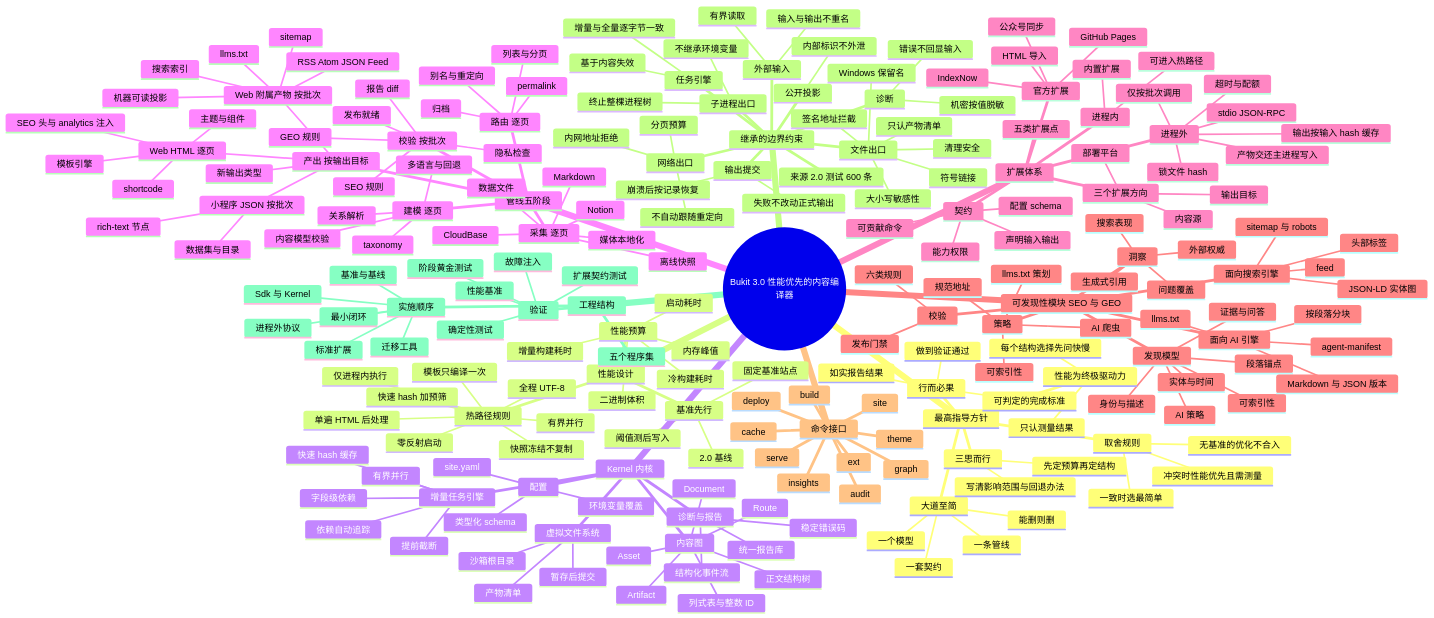
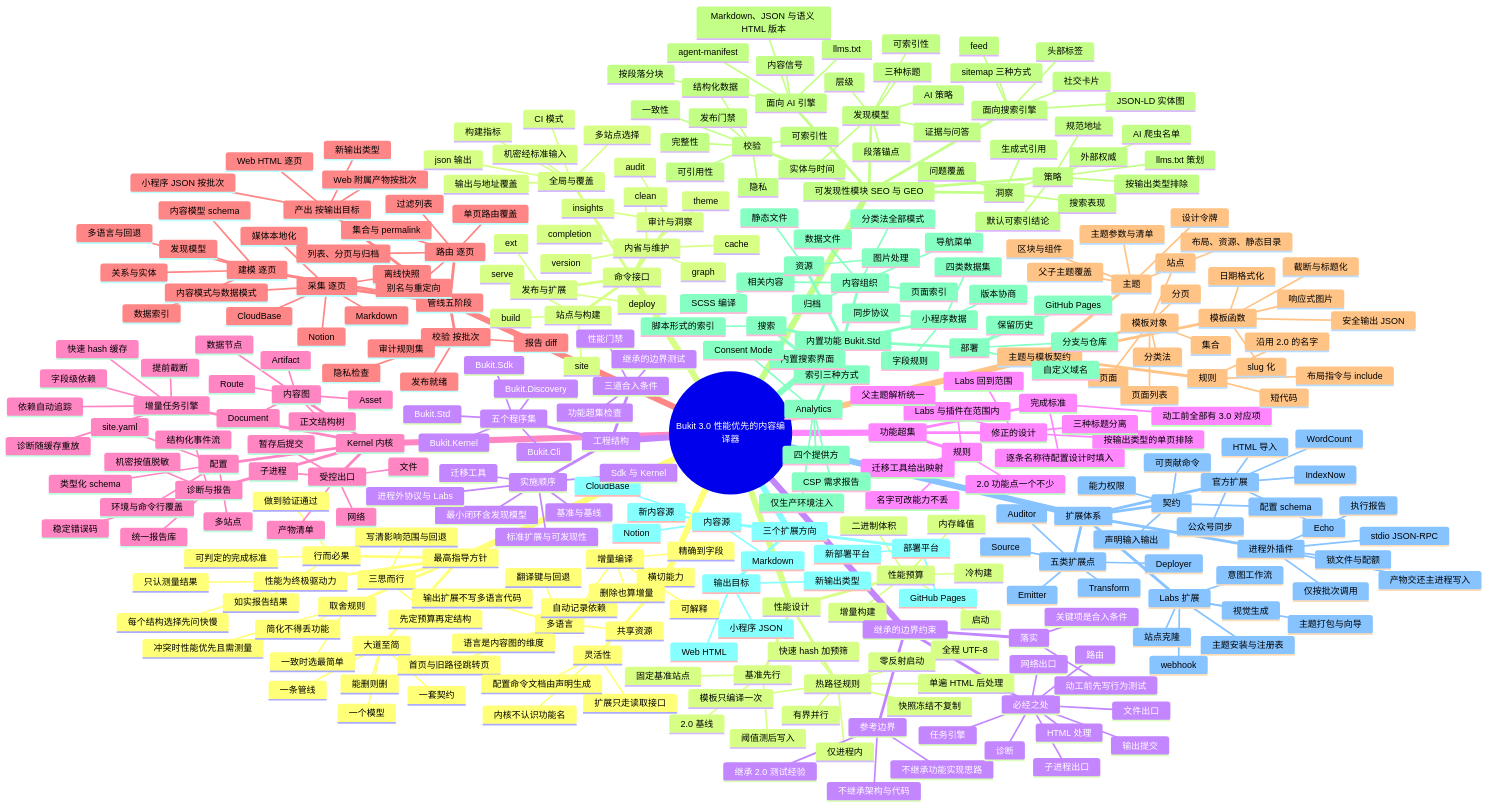
One commit to ALi365-SDN-BHD/Bukit changed the second of 3 diagrams in docs/plans/2026-11-24-bukit-3.0-architecture-design.zh-CN.md. Above: the diagram before and after it, drawn with Mermaid. The commit also changed other lines of this file, not shown here.

Commit message:
docs(plans): redraw the 3.0 diagrams for the feature superset design
Show the four parties behind the extension contract, the template
contract and the three merge conditions in the architecture diagram.
Rebuild the mind map with the feature superset, the theme and template
contract, the built-in features and the corrected discoverability design.

````diff
--- a/docs/plans/2026-11-24-bukit-3.0-architecture-design.zh-CN.md
+++ b/docs/plans/2026-11-24-bukit-3.0-architecture-design.zh-CN.md
@@ -134,7 +131,7 @@
         能删则删
       三思而行
         先定预算再定结构
-        写清影响范围与回退办法
+        写清影响范围与回退
       行而必果
         可判定的完成标准
         做到验证通过
@@ -142,16 +139,16 @@
       取舍规则
         一致时选最简单
         冲突时性能优先且需测量
-        无基准的优化不合入
+        简化不得丢功能
     性能设计
       性能预算
-        冷构建耗时
-        增量构建耗时
-        启动耗时
+        冷构建
+        增量构建
+        启动
         内存峰值
         二进制体积
       热路径规则
-        仅进程内执行
+        仅进程内
         全程 UTF-8
         快照冻结不复制
         快速 hash 加预筛
@@ -163,183 +160,293 @@
         固定基准站点
         2.0 基线
         阈值测后写入
+    继承的边界约束
+      参考边界
+        继承 2.0 测试经验
+        不继承架构与代码
+        不继承功能实现思路
+      必经之处
+        文件出口
+        网络出口
+        子进程出口
+        输出提交
+        诊断
+        任务引擎
+        路由
+        HTML 处理
+      落实
+        动工前先写行为测试
+        关键项是合入条件
+    功能超集
+      规则
+        2.0 功能点一个不少
+        名字可改能力不丢
+        Labs 与插件在范围内
+        迁移工具给出映射
+      修正的设计
+        按输出类型的单页排除
+        三种标题分离
+        Labs 回到范围
+        父主题解析统一
+      完成标准
+        动工前全部有 3.0 对应项
+        逐条名称待配置设计时填入
     Kernel 内核
       内容图
         Document
         Route
         Asset
         Artifact
-        列式表与整数 ID
+        数据节点
         正文结构树
       增量任务引擎
         依赖自动追踪
         字段级依赖
         提前截断
         快速 hash 缓存
-        有界并行
-      虚拟文件系统
-        沙箱根目录
+        诊断随缓存重放
+      受控出口
+        文件
+        网络
+        子进程
         暂存后提交
         产物清单
       配置
         site.yaml
+        多站点
         类型化 schema
-        环境变量覆盖
+        环境与命令行覆盖
       诊断与报告
         稳定错误码
         结构化事件流
         统一报告库
+        机密按值脱敏
     管线五阶段
       采集 逐页
         Markdown
         Notion
         CloudBase
-        数据文件
+        内容模式与数据模式
         媒体本地化
         离线快照
       建模 逐页
-        内容模型校验
+        内容模型 schema
+        数据索引
         多语言与回退
-        taxonomy
-        关系解析
+        关系与实体
+        发现模型
       路由 逐页
-        permalink
-        列表与分页
-        归档
+        集合与 permalink
+        列表、分页与归档
+        过滤列表
         别名与重定向
+        单页路由覆盖
       产出 按输出目标
         Web HTML 逐页
-          模板引擎
-          主题与组件
-          shortcode
-          SEO 头与 analytics 注入
-        Web 附属产物 按批次
-          sitemap
-          RSS Atom JSON Feed
-          搜索索引
-          llms.txt
-          机器可读投影
+        Web 附属产物按批次
         小程序 JSON 按批次
-          数据集与目录
-          rich-text 节点
         新输出类型
       校验 按批次
-        SEO 规则
-        GEO 规则
+        审计规则集
         发布就绪
         隐私检查
         报告 diff
-    扩展体系
-      三个扩展方向
-        内容源
-        输出目标
-        部署平台
-      五类扩展点
-      契约
-        声明输入输出
-        配置 schema
-        能力权限
-        可贡献命令
-      进程内
-        内置扩展
-        可进入热路径
-      进程外
-        stdio JSON-RPC
-        仅按批次调用
-        产物交还主进程写入
-        输出按输入 hash 缓存
-        锁文件 hash
-        超时与配额
-      官方扩展
-        HTML 导入
-        IndexNow
-        公众号同步
-        GitHub Pages
+    主题与模板契约
+      主题
+        布局、资源、静态目录
+        主题参数与清单
+        父子主题覆盖
+        设计令牌
+        区块与组件
+      模板对象
+        站点
+        页面
+        页面列表
+        分页
+        集合
+        分类法
+      模板函数
+        日期格式化
+        截断与标题化
+        slug 化
+        安全输出 JSON
+        响应式图片
+      规则
+        沿用 2.0 的名字
+        布局指令与 include
+        短代码
     可发现性模块 SEO 与 GEO
       发现模型
-        身份与描述
+        三种标题
         实体与时间
+        层级
         可索引性
         证据与问答
         段落锚点
         AI 策略
       策略
-        可索引性
+        默认可索引结论
+        按输出类型排除
         规范地址
-        AI 爬虫
+        AI 爬虫名单
         llms.txt 策划
       面向搜索引擎
         头部标签
         JSON-LD 实体图
-        sitemap 与 robots
+        sitemap 三种方式
         feed
+        社交卡片
       面向 AI 引擎
         llms.txt
-        Markdown 与 JSON 版本
+        Markdown、JSON 与语义 HTML 版本
         按段落分块
         agent-manifest
+        内容信号
       校验
-        六类规则
+        完整性
+        一致性
+        可索引性
+        结构化数据
+        可引用性
+        隐私
         发布门禁
       洞察
         搜索表现
         问题覆盖
         生成式引用
         外部权威
+    内置功能 Bukit.Std
+      内容组织
+        导航菜单
+        相关内容
+        页面索引
+        分类法全部模式
+        归档
+        数据文件
+      搜索
+        索引三种方式
+        脚本形式的索引
+        内置搜索界面
+      资源
+        图片处理
+        SCSS 编译
+        静态文件
+      Analytics
+        四个提供方
+        Consent Mode
+        CSP 需求报告
+        仅生产环境注入
+      小程序数据
+        四类数据集
+        字段规则
+        版本协商
+        同步协议
+      部署
+        GitHub Pages
+        分支与仓库
+        自定义域名
+        保留历史
+    三个扩展方向
+      内容源
+        Markdown
+        Notion
+        CloudBase
+        新内容源
+      输出目标
+        Web HTML
+        小程序 JSON
+        新输出类型
+      部署平台
+        GitHub Pages
+        新部署平台
+    扩展体系
+      五类扩展点
+        Source
+        Transform
+        Emitter
+        Auditor
+        Deployer
+      契约
+        声明输入输出
+        配置 schema
+        能力权限
+        可贡献命令
+      进程外插件
+        stdio JSON-RPC
+        仅按批次调用
+        产物交还主进程写入
+        锁文件与配额
+        执行报告
+      官方扩展
+        HTML 导入
+        IndexNow
+        公众号同步
+        Echo
+        WordCount
+      Labs 扩展
+        站点克隆
+        意图工作流
+        webhook
+        主题安装与注册表
+        主题打包与向导
+        视觉生成
+    横切能力
+      多语言
+        语言是内容图的维度
+        翻译键与回退
+        首页与旧路径跳转页
+        共享资源
+        输出扩展不写多语言代码
+      增量编译
+        自动记录依赖
+        精确到字段
+        删除也算增量
+        可解释
+      灵活性
+        内核不认识功能名
+        扩展只走读取接口
+        配置命令文档由声明生成
     命令接口
-      site
-      build
-      serve
-      audit
-      insights
-      deploy
-      ext
-      graph
-      cache
-      theme
-    继承的边界约束
-      来源 2.0 测试 600 条
-      文件出口
-        清理安全
-        只认产物清单
-        符号链接
-        大小写敏感性
-        Windows 保留名
-        签名地址拦截
-      外部输入
-        有界读取
-        输入与输出不重名
-      公开投影
-        内部标识不外泄
-      输出提交
-        失败不改动正式输出
-        崩溃后按记录恢复
-      网络出口
-        内网地址拒绝
-        不自动跟随重定向
-        分页预算
-      子进程出口
-        不继承环境变量
-        终止整棵进程树
-      诊断
-        机密按值脱敏
-        错误不回显输入
-      任务引擎
-        增量与全量逐字节一致
-        基于内容失效
+      站点与构建
+        site
+        build
+        serve
+      审计与洞察
+        audit
+        insights
+      发布与扩展
+        deploy
+        ext
+      内省与维护
+        graph
+        cache
+        theme
+        clean
+        completion
+        version
+      全局与覆盖
+        json 输出
+        多站点选择
+        输出与地址覆盖
+        CI 模式
+        构建指标
+        机密经标准输入
     工程结构
       五个程序集
+        Bukit.Kernel
+        Bukit.Sdk
+        Bukit.Std
+        Bukit.Discovery
+        Bukit.Cli
+      三道合入条件
+        性能门禁
+        继承的边界测试
+        功能超集检查
       实施顺序
         基准与基线
         Sdk 与 Kernel
-        最小闭环
-        标准扩展
-        进程外协议
+        最小闭环含发现模型
+        标准扩展与可发现性
+        进程外协议与 Labs
         迁移工具
-      验证
-        确定性测试
-        阶段黄金测试
-        扩展契约测试
-        性能基准
-        故障注入
 ```
````
